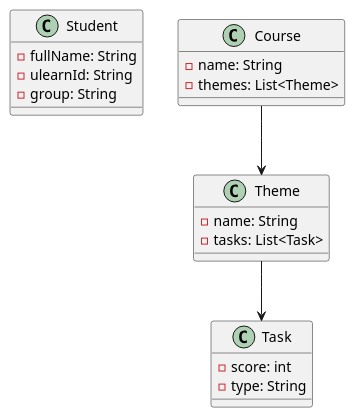
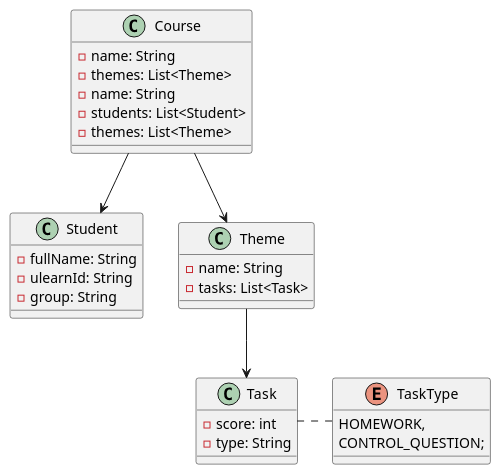
The diagram in seq.puml (Pavyk96/AnalyticsJavaPayk96), drawn with PlantUML before and after one commit. The commit also changed 3 other files, not shown here.

```diff
--- a/seq.puml
+++ b/seq.puml
@@ -1,25 +1,38 @@
 @startuml
 class Student {
     - fullName: String
     - ulearnId: String
     - group: String
 }
 
 class Task {
     - score: int
     - type: String
 }
 
 class Course {
     - name: String
     - themes: List<Theme>
 }
 
+class Course {
+    - name: String
+    - students: List<Student>
+    - themes: List<Theme>
+}
+
 class Theme {
     - name: String
     - tasks: List<Task>
 }
 
+enum TaskType {
+    HOMEWORK,
+    CONTROL_QUESTION;
+}
+
 Course --> Theme
+Course --> Student
 Theme --> Task
+Task.TaskType
 @enduml
```
